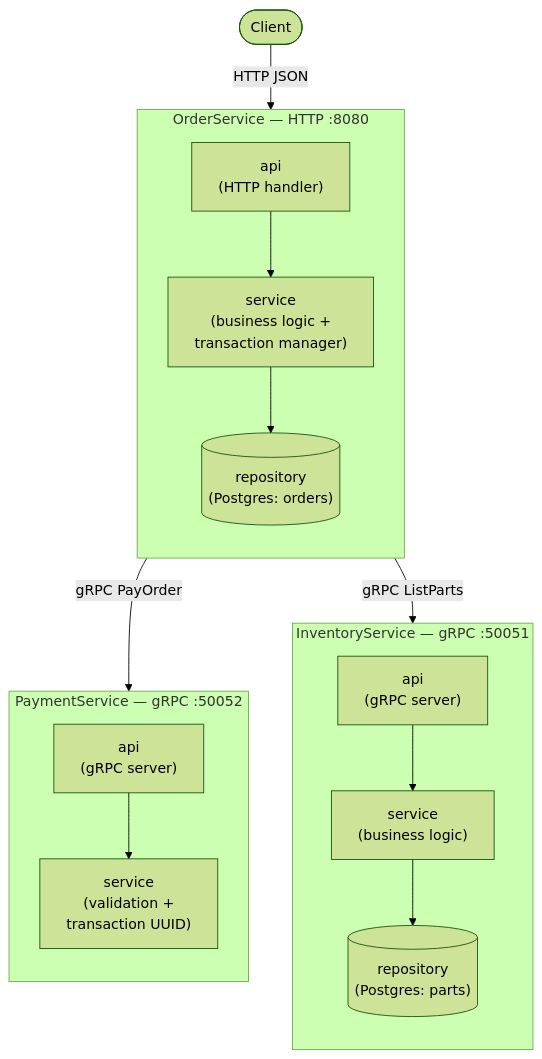
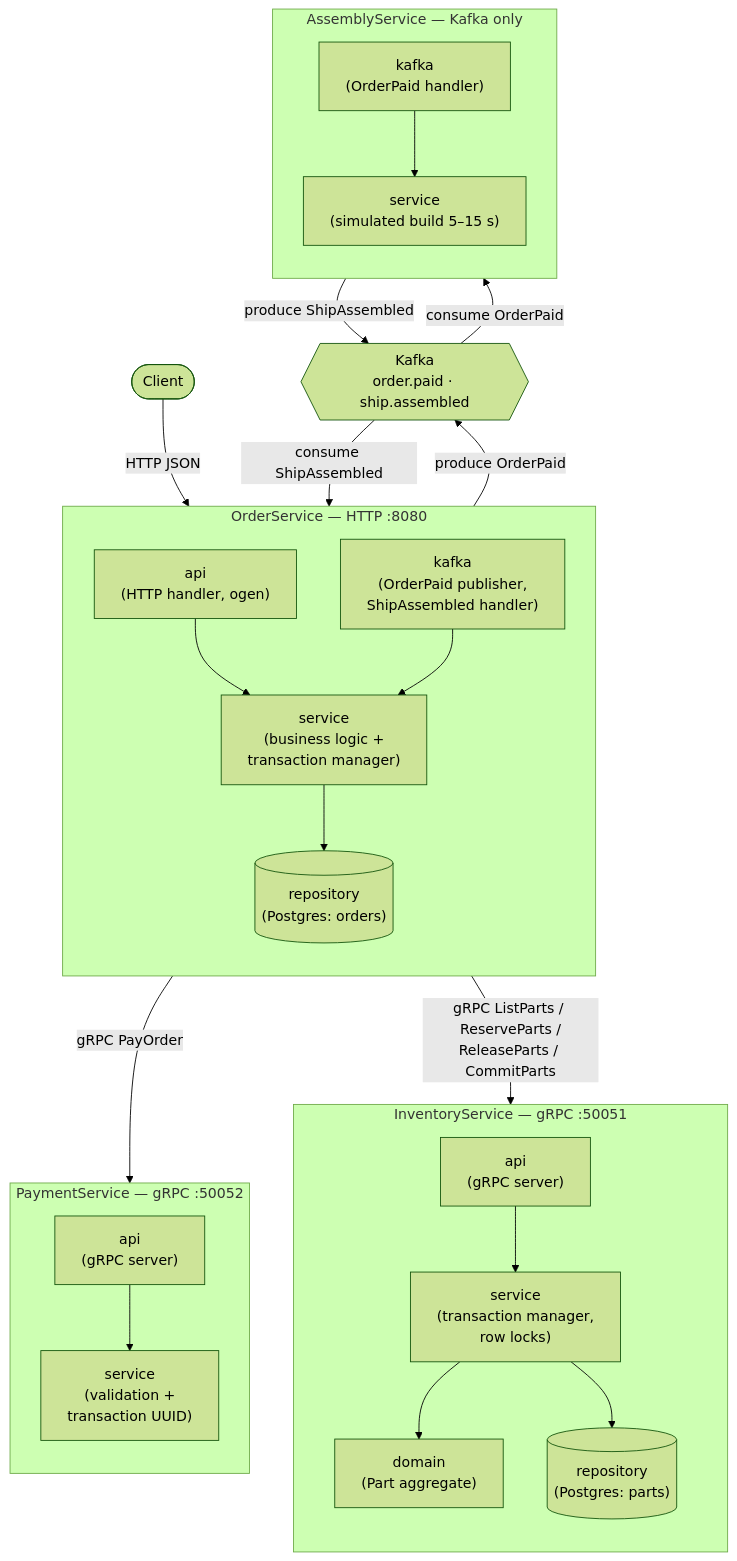
Before and after one commit to omaigo88/ms-ex: the first of 5 diagrams in docs/architecture.md, drawn with Mermaid (forest theme). The commit also changed other lines of this file and 17 other files, not shown here.

First line of the commit message:
Add Claude Code project setup and update architecture docs for Kafka

````diff
--- a/docs/architecture.md
+++ b/docs/architecture.md
@@ -24,33 +39,50 @@
 ```mermaid
 flowchart TB
     Client(["Client"])
 
     subgraph OrderService["OrderService — HTTP :8080"]
         direction TB
-        OrderAPI["api\n(HTTP handler)"]
+        OrderAPI["api\n(HTTP handler, ogen)"]
+        OrderKafka["kafka\n(OrderPaid publisher,\nShipAssembled handler)"]
         OrderSvc["service\n(business logic +\ntransaction manager)"]
         OrderRepo[("repository\n(Postgres: orders)")]
         OrderAPI --> OrderSvc
+        OrderKafka --> OrderSvc
         OrderSvc --> OrderRepo
     end
 
     subgraph InventoryService["InventoryService — gRPC :50051"]
         direction TB
         InvAPI["api\n(gRPC server)"]
-        InvSvc["service\n(business logic)"]
+        InvSvc["service\n(transaction manager,\nrow locks)"]
+        InvDomain["domain\n(Part aggregate)"]
         InvRepo[("repository\n(Postgres: parts)")]
         InvAPI --> InvSvc
+        InvSvc --> InvDomain
         InvSvc --> InvRepo
     end
 
     subgraph PaymentService["PaymentService — gRPC :50052"]
         direction TB
+        PayAPI["api\n(gRPC server)"]
         PaySvc["service\n(validation +\ntransaction UUID)"]
-        PayAPI["api\n(gRPC server)"]
         PayAPI --> PaySvc
     end
 
+    subgraph AssemblyService["AssemblyService — Kafka only"]
+        direction TB
+        AsmKafka["kafka\n(OrderPaid handler)"]
+        AsmSvc["service\n(simulated build 5–15 s)"]
+        AsmKafka --> AsmSvc
+    end
+
+    Kafka{{"Kafka\norder.paid · ship.assembled"}}
+
     Client -- "HTTP JSON" --> OrderAPI
-    OrderSvc -- "gRPC ListParts" --> InvAPI
+    OrderSvc -- "gRPC ListParts / ReserveParts /\nReleaseParts / CommitParts" --> InvAPI
     OrderSvc -- "gRPC PayOrder" --> PayAPI
+    OrderKafka -- "produce OrderPaid" --> Kafka
+    Kafka -- "consume OrderPaid" --> AsmKafka
+    AsmKafka -- "produce ShipAssembled" --> Kafka
+    Kafka -- "consume ShipAssembled" --> OrderKafka
 ```
````
